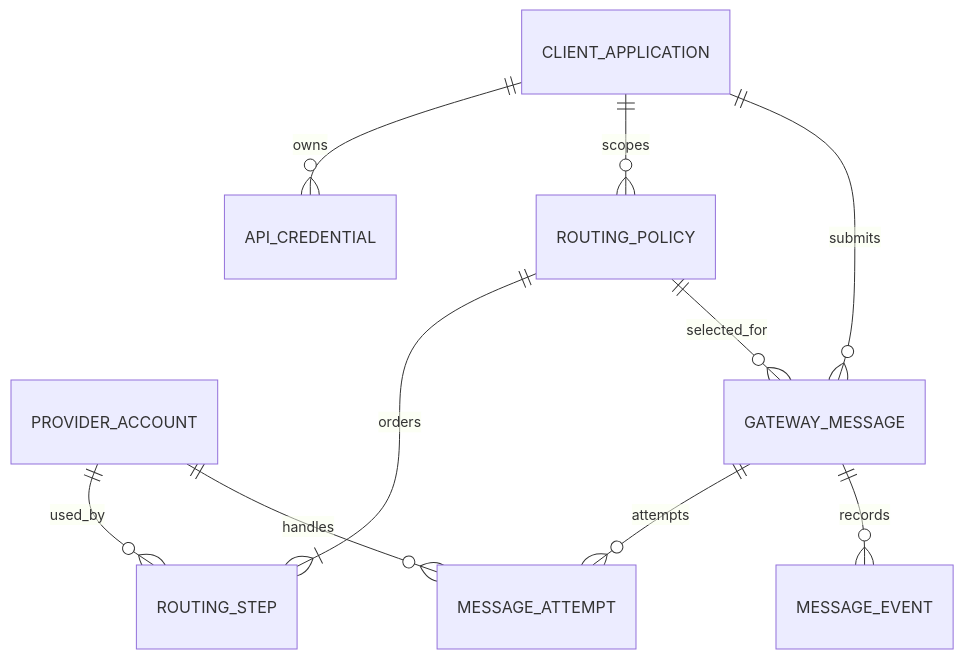
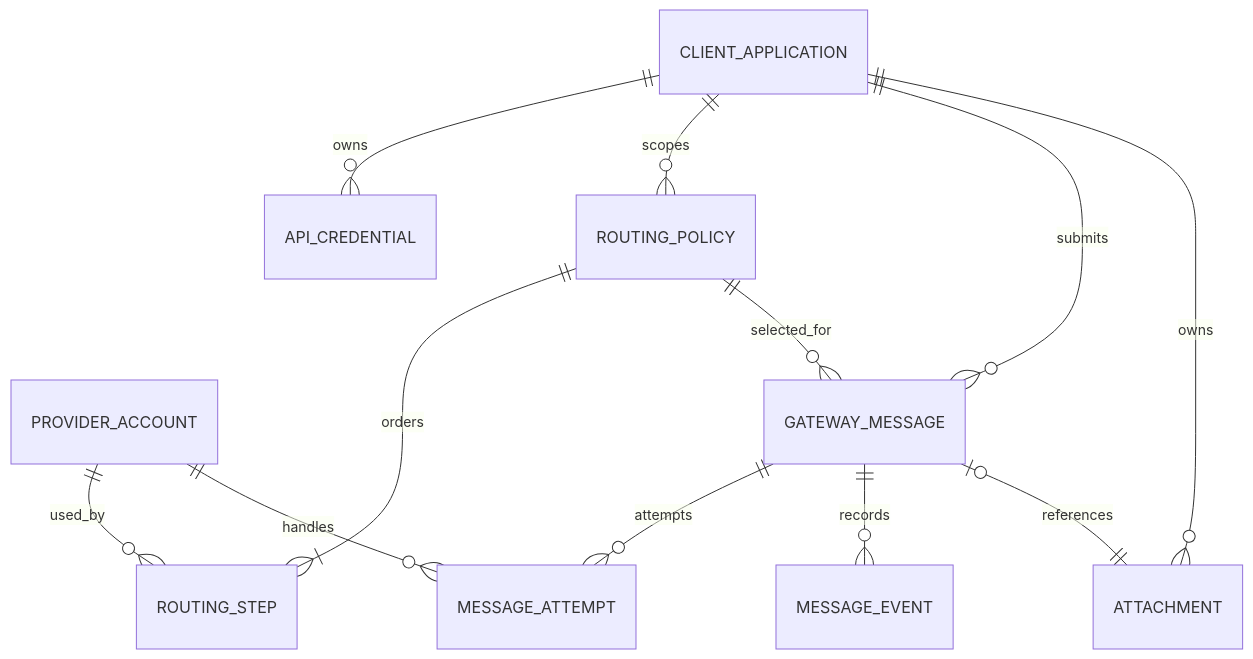
One commit to kungfufafa/wag-hub changed the diagram in docs/chain-of-truth/data-model.md. Above: the diagram before and after it, drawn with Mermaid. The commit also changed other lines of this file and 66 other files, not shown here.

````diff
--- a/docs/chain-of-truth/data-model.md
+++ b/docs/chain-of-truth/data-model.md
@@ -239,12 +261,14 @@
 ```mermaid
 erDiagram
     CLIENT_APPLICATION ||--o{ API_CREDENTIAL : owns
     CLIENT_APPLICATION ||--o{ ROUTING_POLICY : scopes
     ROUTING_POLICY ||--|{ ROUTING_STEP : orders
     PROVIDER_ACCOUNT ||--o{ ROUTING_STEP : used_by
     CLIENT_APPLICATION ||--o{ GATEWAY_MESSAGE : submits
     ROUTING_POLICY ||--o{ GATEWAY_MESSAGE : selected_for
     GATEWAY_MESSAGE ||--o{ MESSAGE_ATTEMPT : attempts
     PROVIDER_ACCOUNT ||--o{ MESSAGE_ATTEMPT : handles
     GATEWAY_MESSAGE ||--o{ MESSAGE_EVENT : records
+    CLIENT_APPLICATION ||--o{ ATTACHMENT : owns
+    GATEWAY_MESSAGE o|--|| ATTACHMENT : references
 ```
````
